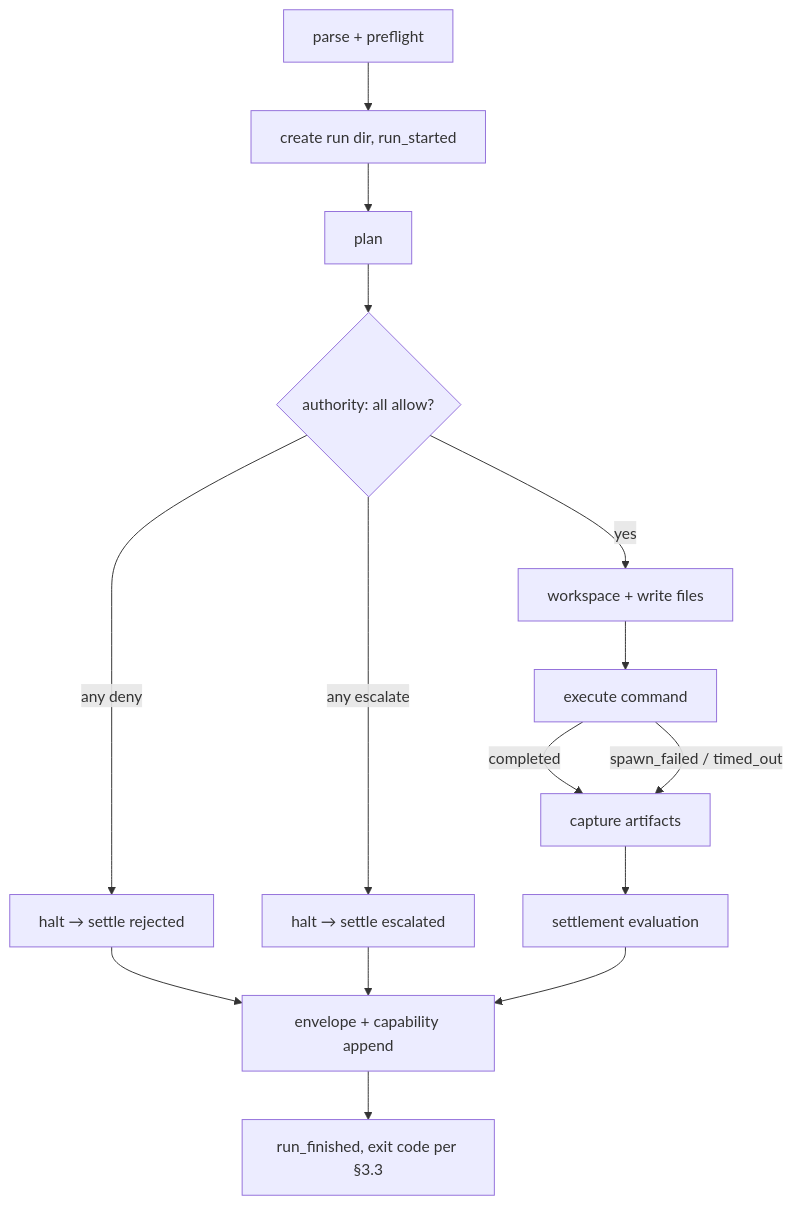
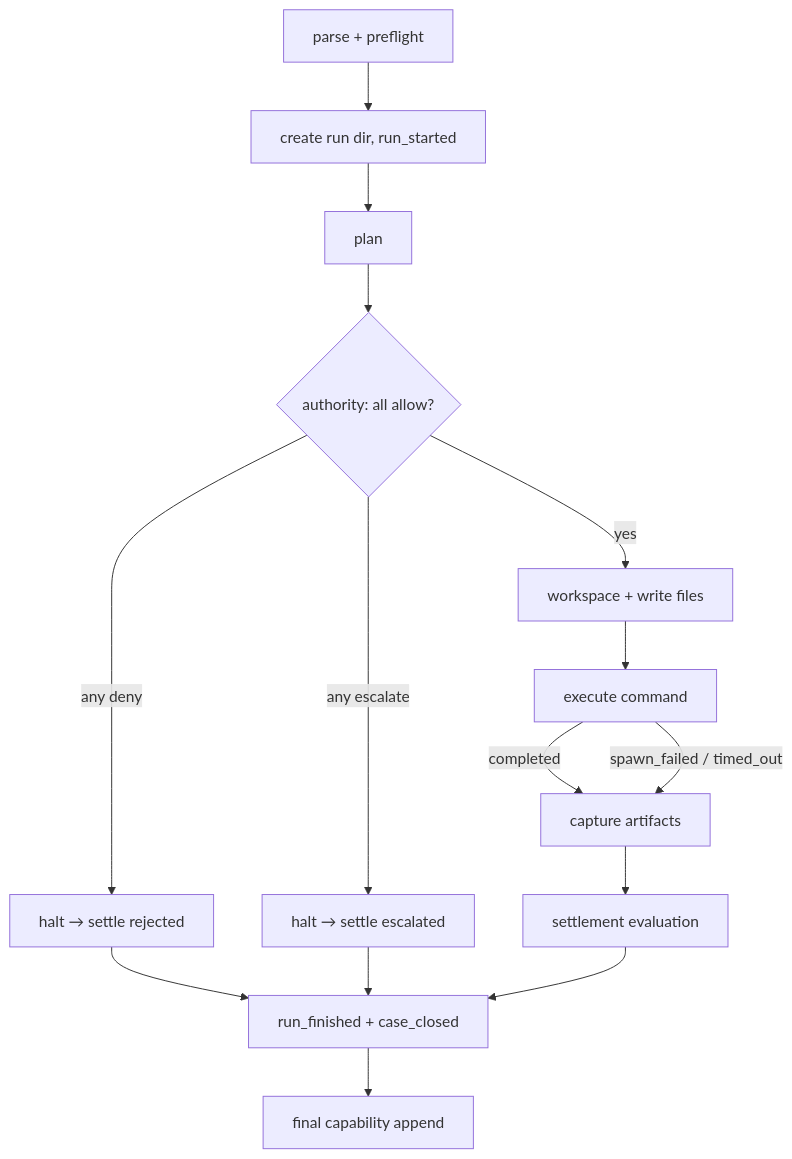
Before and after one commit to GodSpeedAI/SEA-Forge: the second of 2 diagrams in .agents/specs/spec-minimum.md, drawn with Mermaid. The commit also changed other lines of this file and 25 other files, not shown here.

````diff
--- a/.agents/specs/spec-minimum.md
+++ b/.agents/specs/spec-minimum.md
@@ -615,17 +637,17 @@
 ```mermaid
 flowchart TD
   A[parse + preflight] --> B[create run dir, run_started]
   B --> C[plan]
   C --> D{authority: all allow?}
   D -->|yes| E[workspace + write files]
   D -->|any deny| X1[halt → settle rejected]
   D -->|any escalate| X2[halt → settle escalated]
   E --> F[execute command]
   F -->|completed| G[capture artifacts]
   F -->|spawn_failed / timed_out| G
   G --> H[settlement evaluation]
-  X1 --> I[envelope + capability append]
+  X1 --> I[run_finished + case_closed]
   X2 --> I
   H --> I
-  I --> J[run_finished, exit code per §3.3]
+  I --> J[final capability append]
 ```
````
